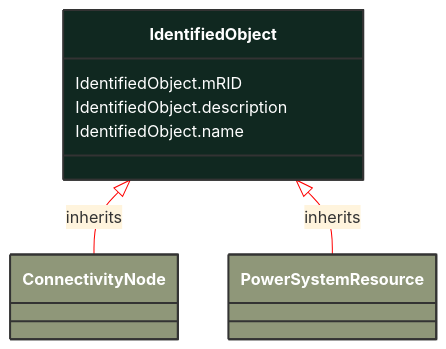
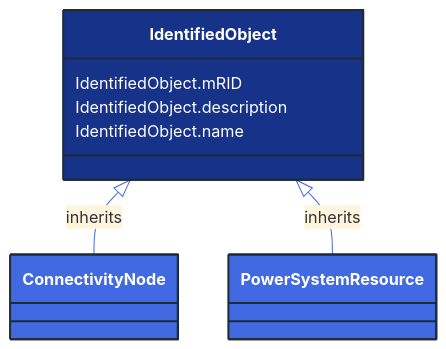
Before and after one commit to 3lbits/NoCIMExtensions: the diagram in docs/Models/Profiles/EquipmentBoundary/AbstractClasses/IdentifiedObject.md, drawn with Mermaid. The commit also changed 362 other files, not shown here.

First line of the commit message:
Update diagrams and styles for improved visual consistency

````diff
--- a/docs/Models/Profiles/EquipmentBoundary/AbstractClasses/IdentifiedObject.md
+++ b/docs/Models/Profiles/EquipmentBoundary/AbstractClasses/IdentifiedObject.md
@@ -10,25 +10,25 @@
 ```mermaid
-%%{init: {'theme':'base','themeVariables': {'lineColor': '#FF0000'}}}%%
+%%{init: {'theme':'base','themeVariables': {'lineColor': '#4169E1'}}}%%
 classDiagram
     class IdentifiedObject
     click IdentifiedObject href "/Models/Profiles/EquipmentBoundary/AbstractClasses/IdentifiedObject/"
-    style IdentifiedObject fill:#102820,stroke:#333,stroke-width:2px,rx:10,ry:10,color:white
+    style IdentifiedObject fill:#163289,stroke:#1F2A37,stroke-width:2px,rx:10,ry:10,color:white
 
         IdentifiedObject <|-- ConnectivityNode : inherits
 
         ConnectivityNode
             click ConnectivityNode href "/Models/Profiles/EquipmentBoundary/ConcreteClasses/ConnectivityNode/"
-            style ConnectivityNode fill:#8F9779,stroke:#333,stroke-width:2px,rx:10,ry:10,color:white
+            style ConnectivityNode fill:#4169E1,stroke:#1F2A37,stroke-width:2px,rx:10,ry:10,color:white
 
         IdentifiedObject <|-- PowerSystemResource : inherits
 
         PowerSystemResource
             click PowerSystemResource href "/Models/Profiles/EquipmentBoundary/AbstractClasses/PowerSystemResource/"
-            style PowerSystemResource fill:#8F9779,stroke:#333,stroke-width:2px,rx:10,ry:10,color:white
+            style PowerSystemResource fill:#4169E1,stroke:#1F2A37,stroke-width:2px,rx:10,ry:10,color:white
 
 
 
         IdentifiedObject : IdentifiedObject.mRID
         IdentifiedObject : IdentifiedObject.description
         IdentifiedObject : IdentifiedObject.name
 ```
````
